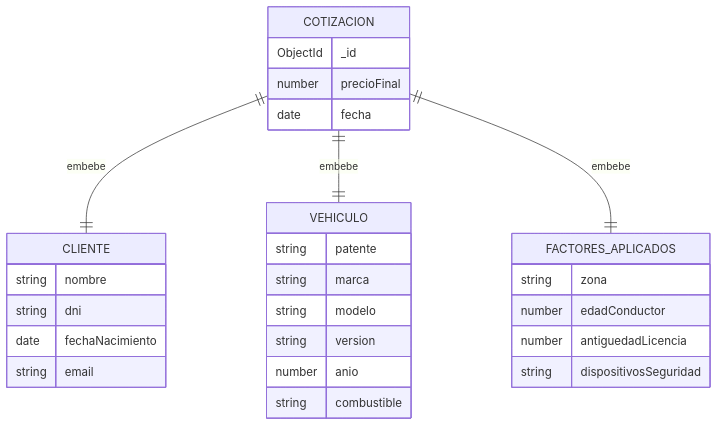
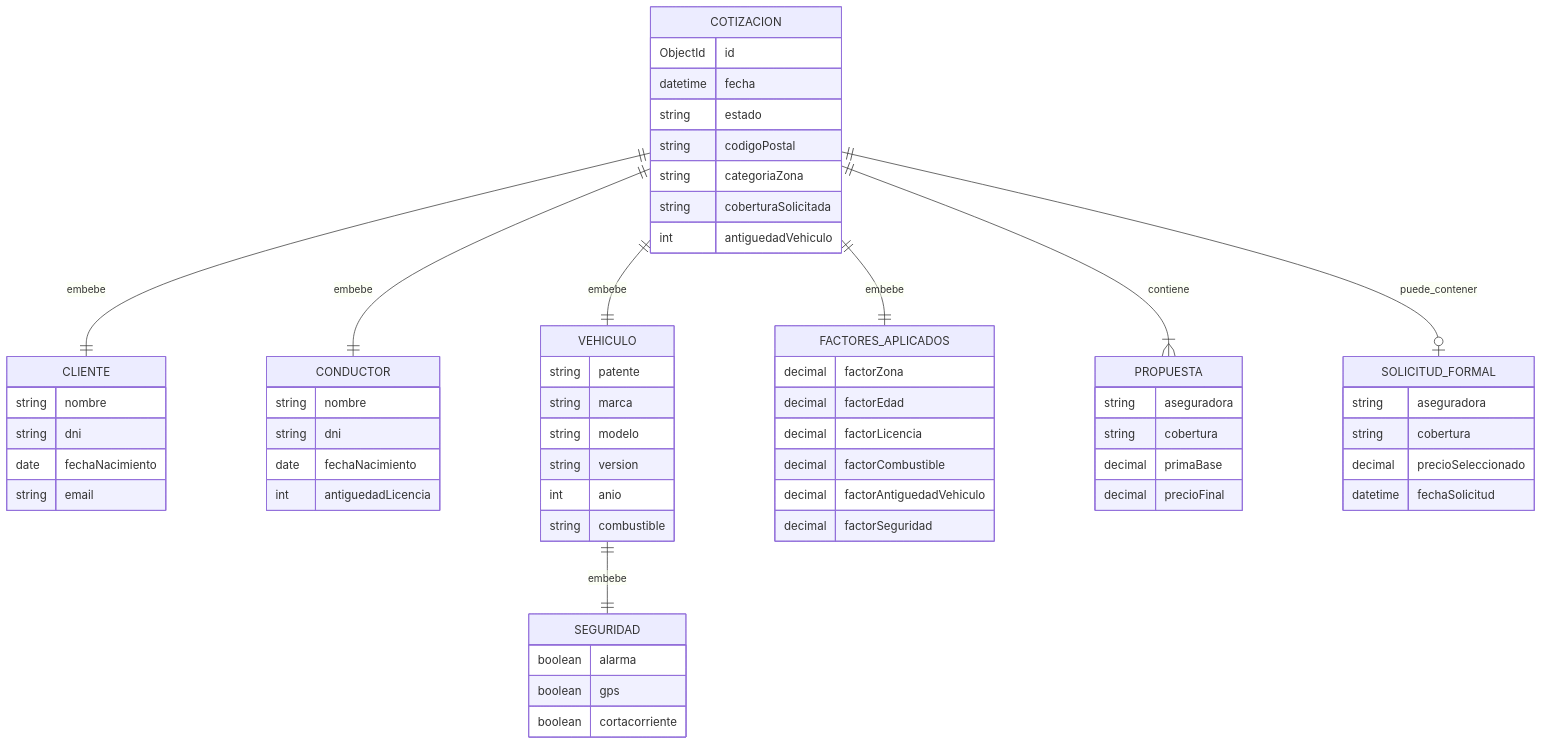
Before and after one commit to LorenzoPattini/TrabajoFinal-Grupo104: the first of 4 diagrams in docs/Documentacion-Sistema.md, drawn with Mermaid. The commit also changed other lines of this file, not shown here.

````diff
--- a/docs/Documentacion-Sistema.md
+++ b/docs/Documentacion-Sistema.md
@@ -64,31 +83,64 @@
 ```mermaid
 erDiagram
     COTIZACION {
-        ObjectId _id
-        number precioFinal
-        date fecha
+        ObjectId id
+        datetime fecha
+        string estado
+        string codigoPostal
+        string categoriaZona
+        string coberturaSolicitada
+        int antiguedadVehiculo
     }
     CLIENTE {
         string nombre
         string dni
         date fechaNacimiento
         string email
     }
+    CONDUCTOR {
+        string nombre
+        string dni
+        date fechaNacimiento
+        int antiguedadLicencia
+    }
     VEHICULO {
         string patente
         string marca
         string modelo
         string version
-        number anio
+        int anio
         string combustible
     }
+    SEGURIDAD {
+        boolean alarma
+        boolean gps
+        boolean cortacorriente
+    }
     FACTORES_APLICADOS {
-        string zona
-        number edadConductor
-        number antiguedadLicencia
-        string dispositivosSeguridad
+        decimal factorZona
+        decimal factorEdad
+        decimal factorLicencia
+        decimal factorCombustible
+        decimal factorAntiguedadVehiculo
+        decimal factorSeguridad
+    }
+    PROPUESTA {
+        string aseguradora
+        string cobertura
+        decimal primaBase
+        decimal precioFinal
+    }
+    SOLICITUD_FORMAL {
+        string aseguradora
+        string cobertura
+        decimal precioSeleccionado
+        datetime fechaSolicitud
     }
     COTIZACION ||--|| CLIENTE : embebe
+    COTIZACION ||--|| CONDUCTOR : embebe
     COTIZACION ||--|| VEHICULO : embebe
+    VEHICULO ||--|| SEGURIDAD : embebe
     COTIZACION ||--|| FACTORES_APLICADOS : embebe
+    COTIZACION ||--|{ PROPUESTA : contiene
+    COTIZACION ||--o| SOLICITUD_FORMAL : puede_contener
 ```
````
